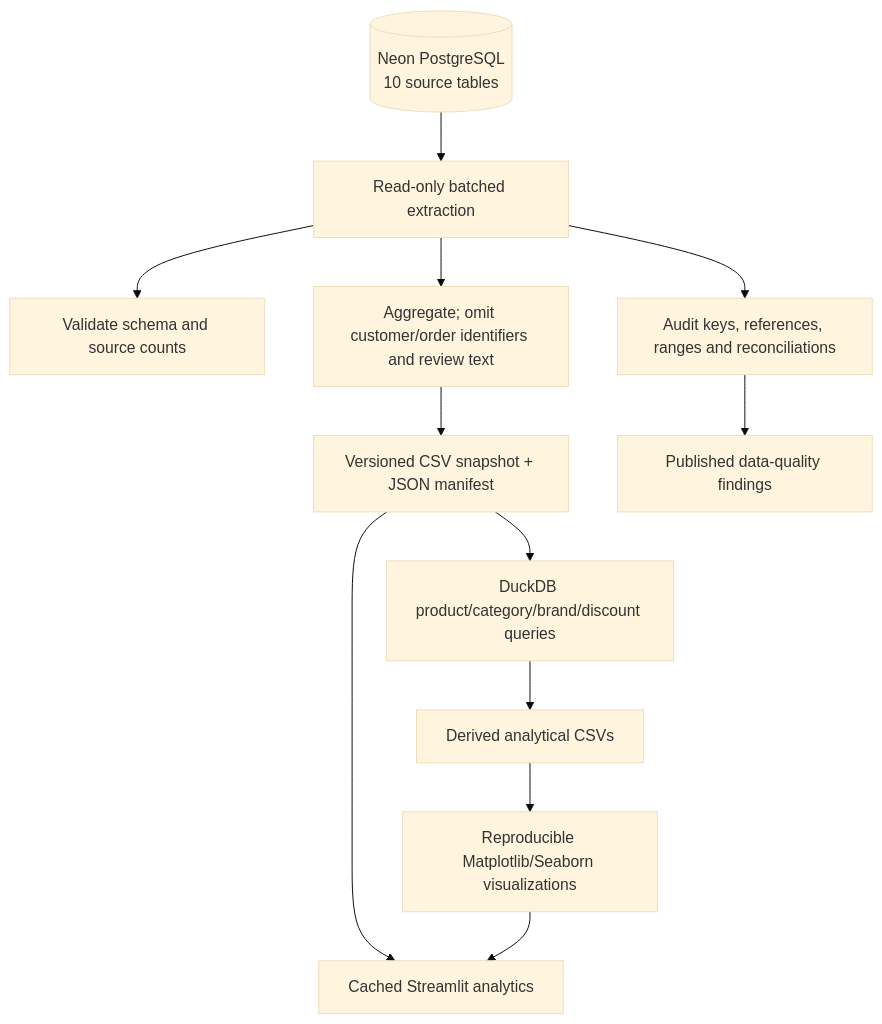
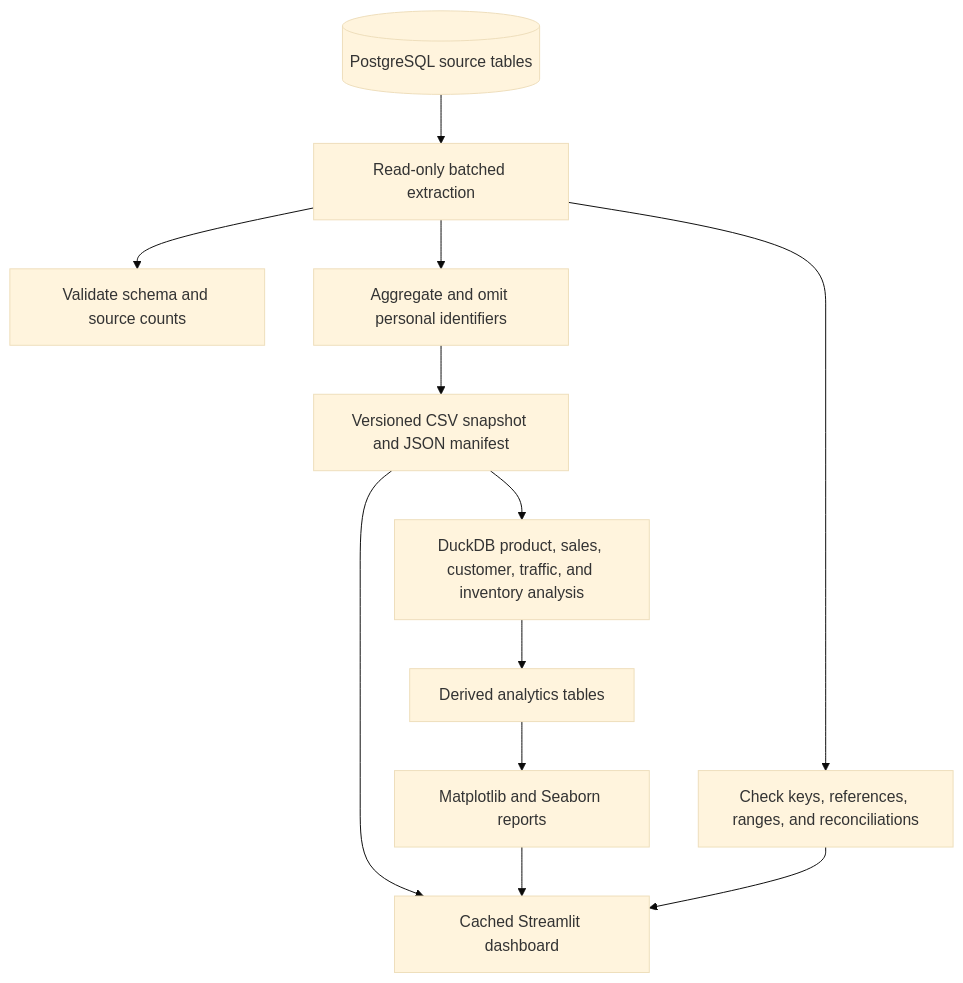
One commit to poruri-santhosh/Aislewise changed the second of 2 diagrams in README.md. Above: the diagram before and after it, drawn with Mermaid (base theme). The commit also changed other lines of this file and 46 other files, not shown here.

Commit message:
Present Aislewise as a cohesive retail analytics product

````diff
--- a/README.md
+++ b/README.md
@@ -88,14 +78,14 @@
 ```mermaid
 flowchart TD
-    pg[("Neon PostgreSQL<br/>10 source tables")] --> extract["Read-only batched extraction"]
+    database[("PostgreSQL source tables")] --> extract["Read-only batched extraction"]
     extract --> schema["Validate schema and source counts"]
-    extract --> quality["Audit keys, references, ranges and reconciliations"]
-    extract --> privacy["Aggregate; omit customer/order identifiers and review text"]
-    privacy --> csv["Versioned CSV snapshot + JSON manifest"]
-    csv --> duckdb["DuckDB product/category/brand/discount queries"]
-    csv --> streamlit["Cached Streamlit analytics"]
-    duckdb --> derived["Derived analytical CSVs"]
-    derived --> charts["Reproducible Matplotlib/Seaborn visualizations"]
-    charts --> streamlit
-    quality --> dashboard["Published data-quality findings"]
+    extract --> quality["Check keys, references, ranges, and reconciliations"]
+    extract --> privacy["Aggregate and omit personal identifiers"]
+    privacy --> bundle["Versioned CSV snapshot and JSON manifest"]
+    bundle --> analysis["DuckDB product, sales, customer, traffic, and inventory analysis"]
+    analysis --> tables["Derived analytics tables"]
+    tables --> charts["Matplotlib and Seaborn reports"]
+    bundle --> dashboard["Cached Streamlit dashboard"]
+    charts --> dashboard
+    quality --> dashboard
 ```
````
